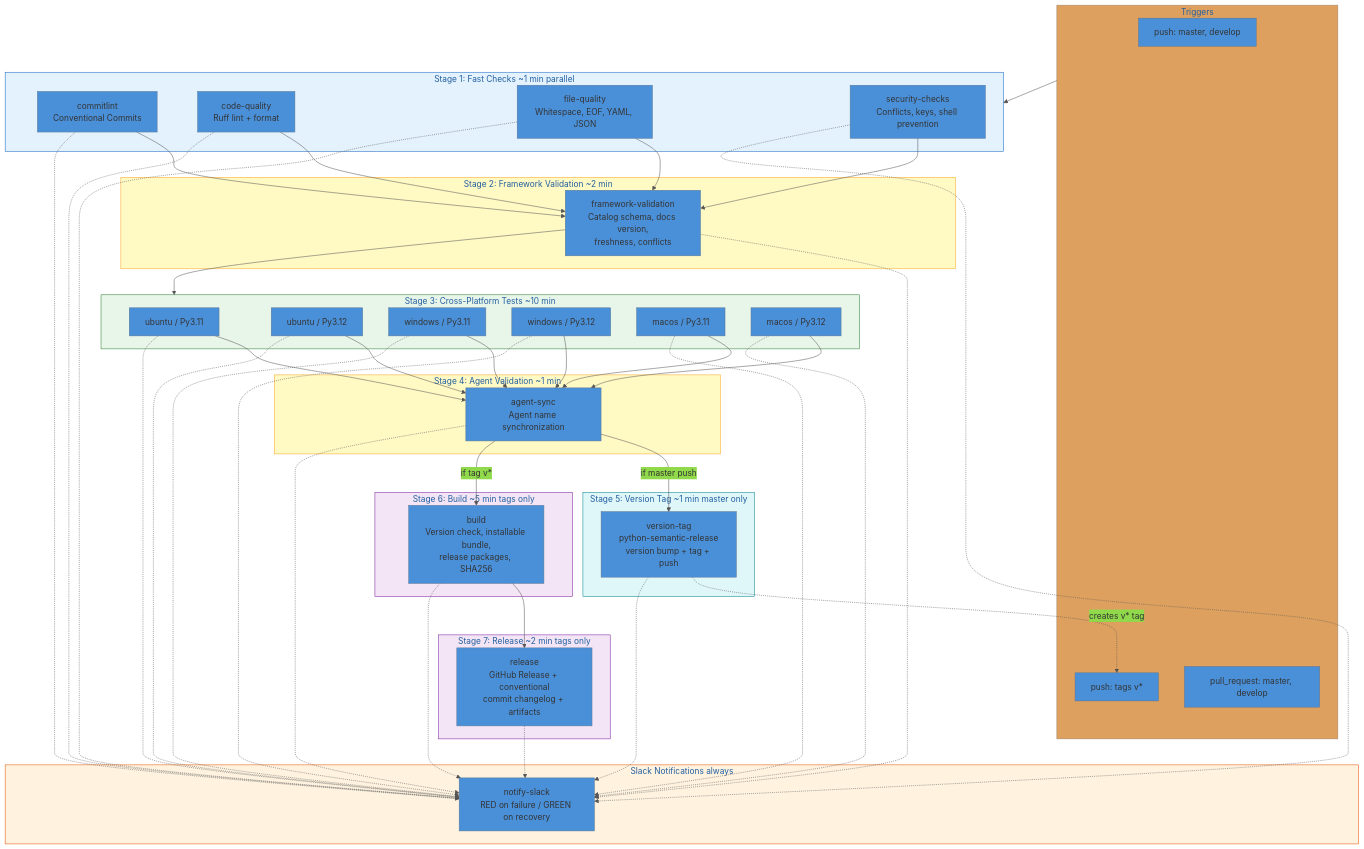
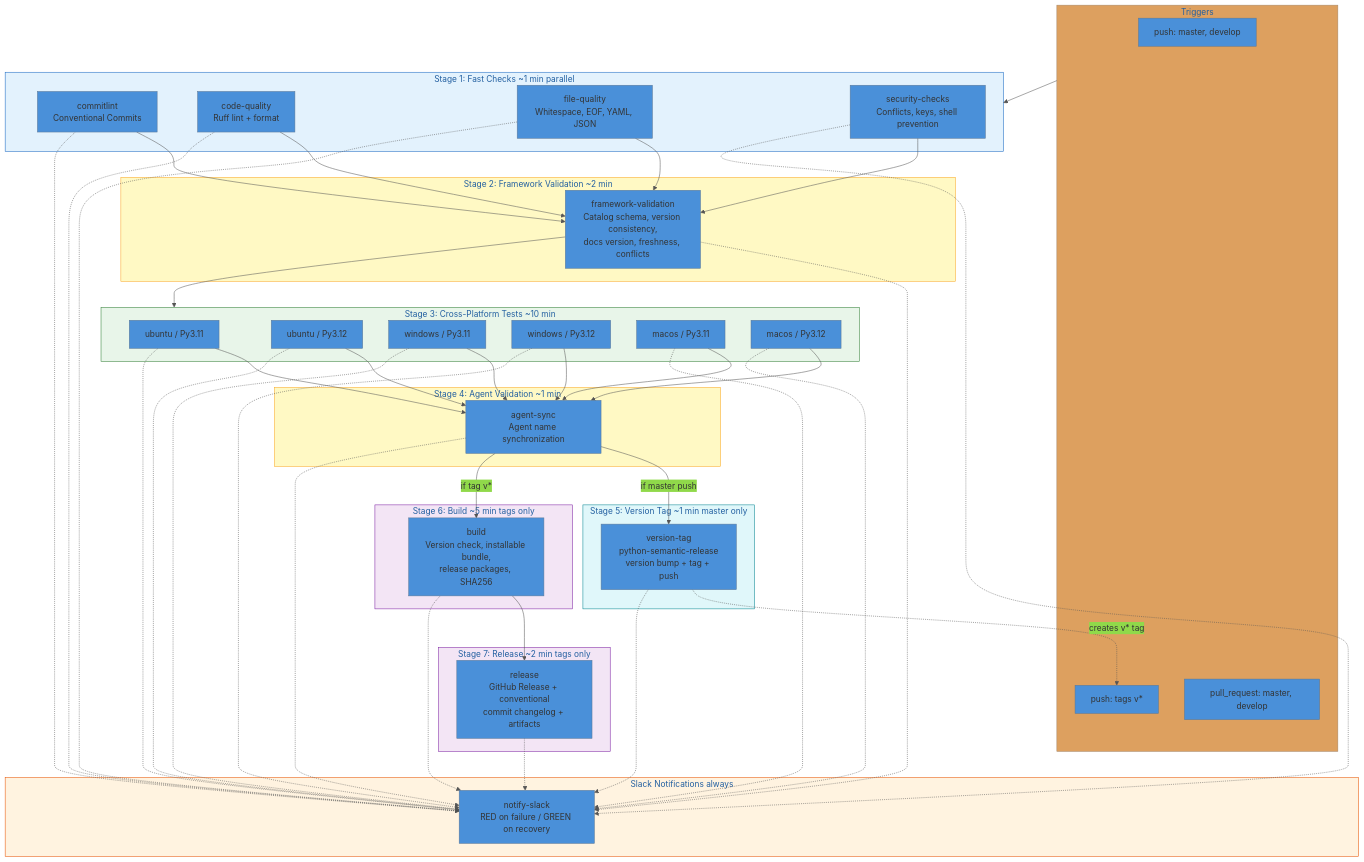
One commit to 11PJ11/crafter-ai changed the diagram in .github/workflows/README.md. Above: the diagram before and after it, drawn with Mermaid. The commit also changed other lines of this file and 1 other file, not shown here.

Commit message:
ci: add version consistency gate to Stage 2 framework validation
Verify pyproject.toml and framework-catalog.yaml versions match on
every pipeline run (PRs, pushes, tags). Catches version drift before
merge to master, preventing PSR from operating on misaligned sources.

````diff
--- a/.github/workflows/README.md
+++ b/.github/workflows/README.md
@@ -8,74 +8,74 @@
 ```mermaid
 %%{init: {'theme': 'base', 'themeVariables': {'primaryColor': '#4A90D9', 'lineColor': '#555'}}}%%
 flowchart TD
     subgraph trigger["Triggers"]
         T1["push: master, develop"]
         T2["push: tags v*"]
         T3["pull_request: master, develop"]
     end
 
     subgraph stage1["Stage 1: Fast Checks  ~1 min  parallel"]
         style stage1 fill:#E3F2FD,stroke:#1565C0
         CL["commitlint<br/>Conventional Commits"]
         CQ["code-quality<br/>Ruff lint + format"]
         FQ["file-quality<br/>Whitespace, EOF, YAML, JSON"]
         SC["security-checks<br/>Conflicts, keys, shell prevention"]
     end
 
     subgraph stage2["Stage 2: Framework Validation  ~2 min"]
         style stage2 fill:#FFF9C4,stroke:#F9A825
-        FV["framework-validation<br/>Catalog schema, docs version,<br/>freshness, conflicts"]
+        FV["framework-validation<br/>Catalog schema, version consistency,<br/>docs version, freshness, conflicts"]
     end
 
     subgraph stage3["Stage 3: Cross-Platform Tests  ~10 min"]
         style stage3 fill:#E8F5E9,stroke:#2E7D32
         T_UL11["ubuntu / Py3.11"]
         T_UL12["ubuntu / Py3.12"]
         T_WL11["windows / Py3.11"]
         T_WL12["windows / Py3.12"]
         T_ML11["macos / Py3.11"]
         T_ML12["macos / Py3.12"]
     end
 
     subgraph stage4["Stage 4: Agent Validation  ~1 min"]
         style stage4 fill:#FFF9C4,stroke:#F9A825
         AS["agent-sync<br/>Agent name synchronization"]
     end
 
     subgraph stage5["Stage 5: Version Tag  ~1 min  master only"]
         style stage5 fill:#E0F7FA,stroke:#00838F
         VT["version-tag<br/>python-semantic-release<br/>version bump + tag + push"]
     end
 
     subgraph stage6["Stage 6: Build  ~5 min  tags only"]
         style stage6 fill:#F3E5F5,stroke:#7B1FA2
         BD["build<br/>Version check, installable bundle,<br/>release packages, SHA256"]
     end
 
     subgraph stage7["Stage 7: Release  ~2 min  tags only"]
         style stage7 fill:#F3E5F5,stroke:#7B1FA2
         RL["release<br/>GitHub Release + conventional<br/>commit changelog + artifacts"]
     end
 
     subgraph notify["Slack Notifications  always"]
         style notify fill:#FFF3E0,stroke:#E65100
         NS["notify-slack<br/>RED on failure / GREEN on recovery"]
     end
 
     trigger --> stage1
     CL & CQ & FQ & SC --> FV
     FV --> stage3
     T_UL11 & T_UL12 & T_WL11 & T_WL12 & T_ML11 & T_ML12 --> AS
     AS -->|"if master push"| VT
     VT -.->|"creates v* tag"| T2
     AS -->|"if tag v*"| BD
     BD --> RL
 
     CL & CQ & FQ & SC -.-> NS
     FV -.-> NS
     T_UL11 & T_UL12 & T_WL11 & T_WL12 & T_ML11 & T_ML12 -.-> NS
     AS -.-> NS
     VT -.-> NS
     BD -.-> NS
     RL -.-> NS
 ```
````
